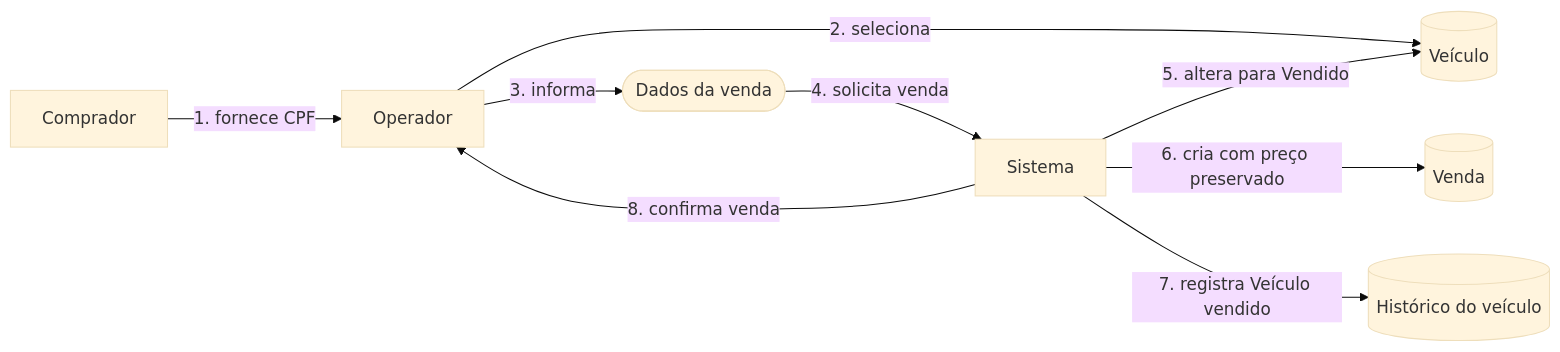
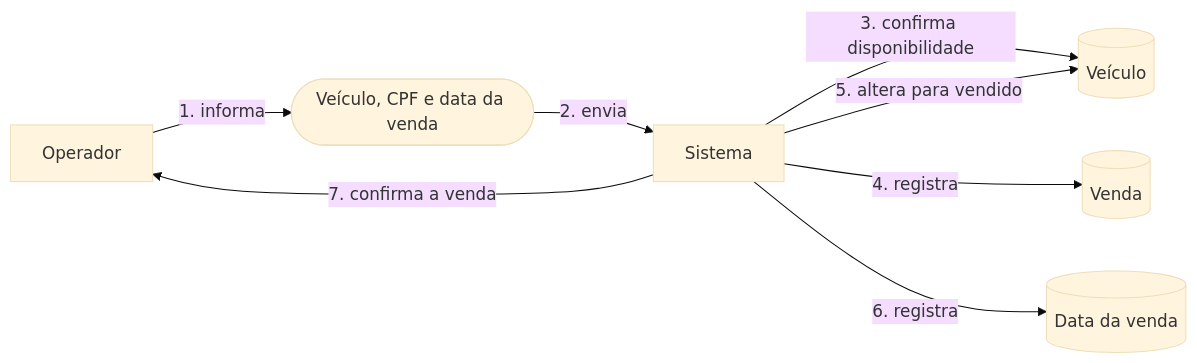
The third of 5 diagrams in docs/ddd/domain-storytelling.md (edionay/fiap-r), drawn with Mermaid (base theme) before and after one commit. The commit also changed other lines of this file and 2 other files, not shown here.

````diff
--- a/docs/ddd/domain-storytelling.md
+++ b/docs/ddd/domain-storytelling.md
@@ -114,19 +62,17 @@
 ```mermaid
 flowchart LR
-    C[Comprador]
     O[Operador]
-    D([Dados da venda])
+    D([Veículo, CPF e data da venda])
     S[Sistema]
     V[(Veículo)]
     VD[(Venda)]
-    H[(Histórico do veículo)]
+    H[(Data da venda)]
 
-    C -->|1. fornece CPF| O
-    O -->|2. seleciona| V
-    O -->|3. informa| D
-    D -->|4. solicita venda| S
-    S -->|5. altera para Vendido| V
-    S -->|6. cria com preço preservado| VD
-    S -->|7. registra Veículo vendido| H
-    S -->|8. confirma venda| O
+    O -->|1. informa| D
+    D -->|2. envia| S
+    S -->|3. confirma disponibilidade| V
+    S -->|4. registra| VD
+    S -->|5. altera para vendido| V
+    S -->|6. registra| H
+    S -->|7. confirma a venda| O
 ```
````
